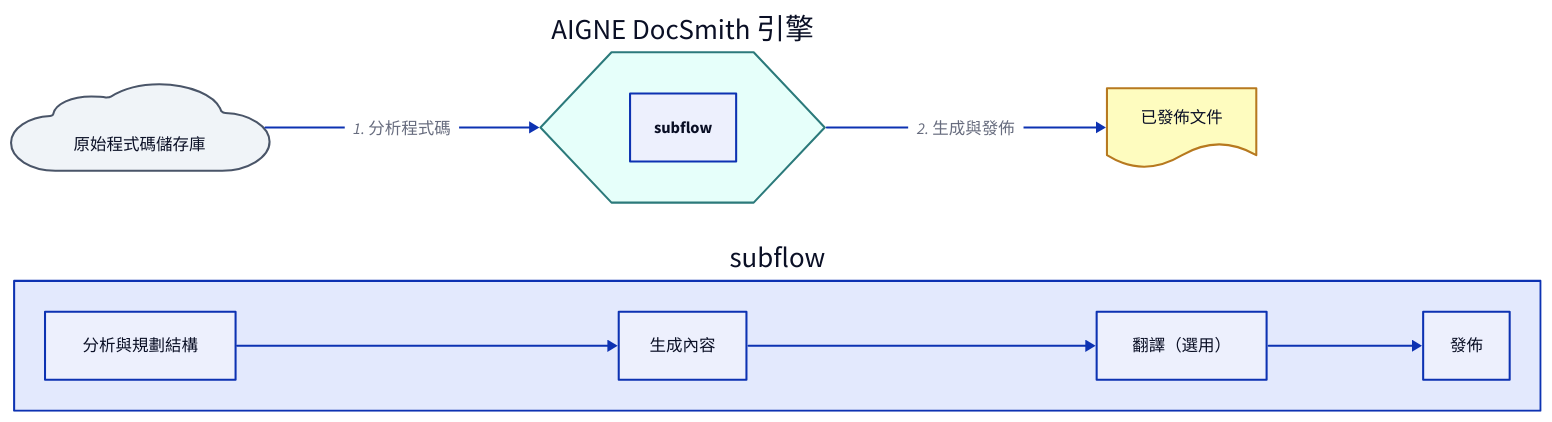
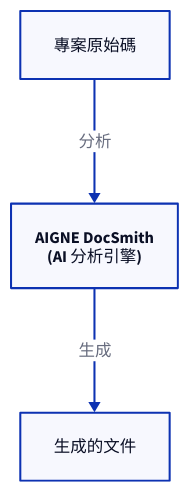
One commit to AIGNE-io/aigne-doc-smith changed the diagram in docs/overview.zh-TW.md. Above: the diagram before and after it, drawn with D2. The commit also changed other lines of this file and 120 other files, not shown here.

Commit message:
chore: update docs for aigne doc-smith

````diff
--- a/docs/overview.zh-TW.md
+++ b/docs/overview.zh-TW.md
@@ -7,49 +11,21 @@
 ```d2
-direction: right
-style: {
-  font-size: 14
+direction: down
+
+Source-Code: {
+  label: "專案原始碼"
+  shape: rectangle
 }
 
-# 參與者
-source_code: "原始程式碼儲存庫" {
-  shape: cloud
-  style: {
-    fill: "#F0F4F8"
-    stroke: "#4A5568"
-  }
+DocSmith: {
+  label: "AIGNE DocSmith\n(AI 分析引擎)"
+  shape: rectangle
 }
 
-docsmith: "AIGNE DocSmith 引擎" {
-  shape: hexagon
-  style: {
-    fill: "#E6FFFA"
-    stroke: "#2C7A7B"
-  }
+Docs: {
+  label: "生成的文件"
+  shape: rectangle
 }
 
-published_docs: "已發佈文件" {
-  shape: document
-  style: {
-    fill: "#FEFCBF"
-    stroke: "#B7791F"
-  }
-}
-
-# 主要流程
-source_code -> docsmith: "1. 分析程式碼"
-docsmith -> published_docs: "2. 生成與發佈"
-
-# DocSmith 內部流程
-subflow: {
-  direction: down
-  
-  analyze: "分析與規劃結構"
-  generate: "生成內容"
-  translate: "翻譯（選用）"
-  publish: "發佈"
-  
-  analyze -> generate -> translate -> publish
-}
-
-docsmith.subflow: subflow
+Source-Code -> DocSmith: "分析"
+DocSmith -> Docs: "生成"
 ```
````
